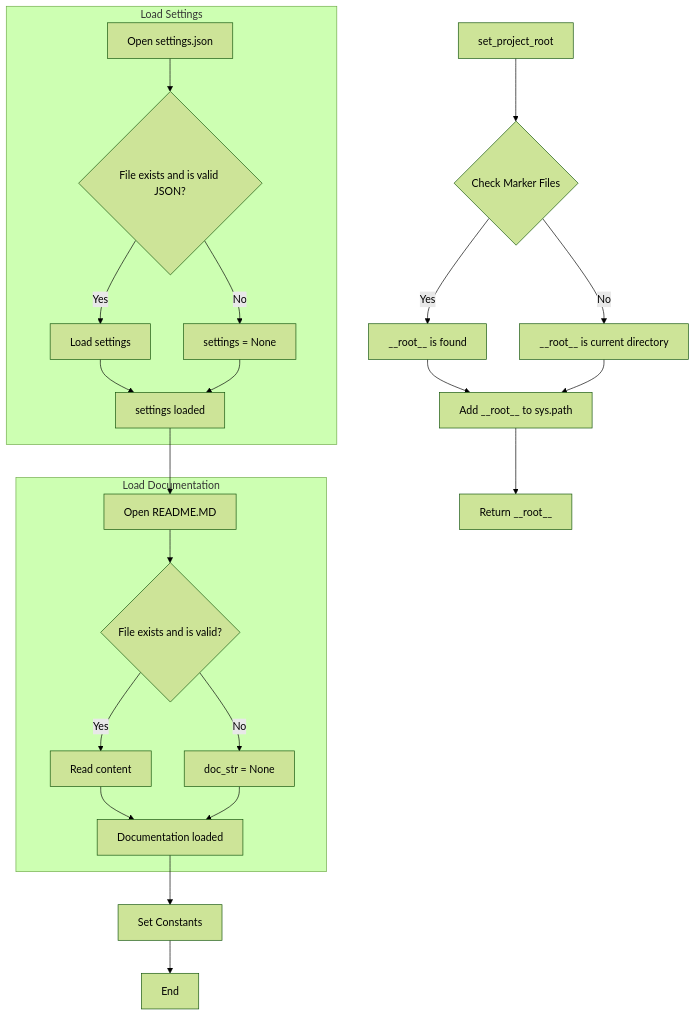
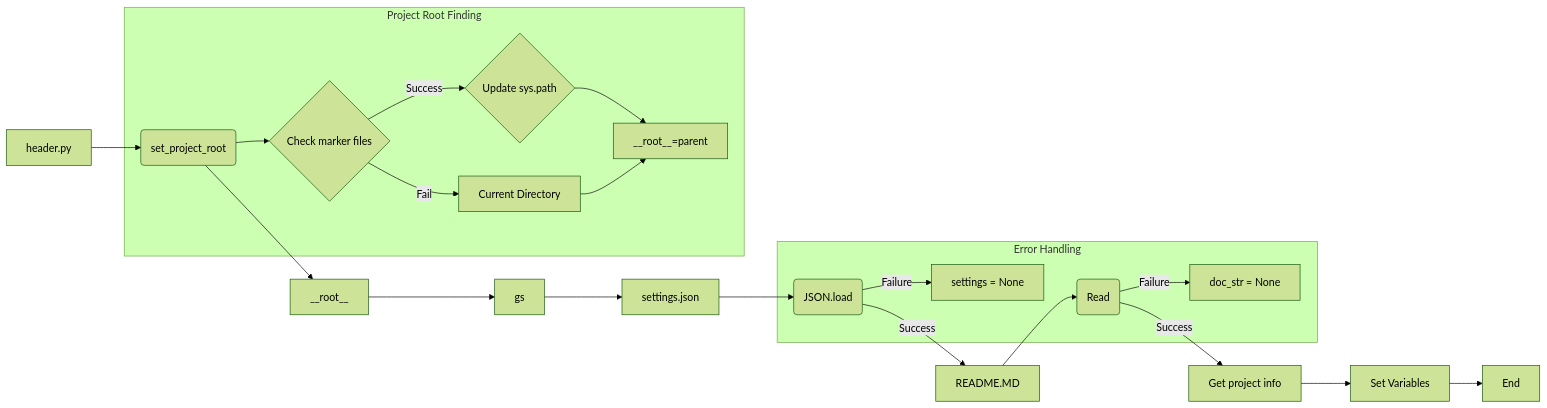
The second of 2 diagrams in docs/gemini/ru/explainer/src/endpoints/hypo69/small_talk_bot/header.md (hypo69/hypo), drawn with Mermaid (forest theme) before and after one commit. The commit also changed other lines of this file and 468 other files, not shown here.

````diff
--- a/docs/gemini/ru/explainer/src/endpoints/hypo69/small_talk_bot/header.md
+++ b/docs/gemini/ru/explainer/src/endpoints/hypo69/small_talk_bot/header.md
@@ -106,26 +117,28 @@
 ```mermaid
-graph TD
-    A[set_project_root] --> B{Check Marker Files};
-    B -- Yes --> C[__root__ is found];
-    B -- No --> D[__root__ is current directory];
-    C --> E[Add __root__ to sys.path];
-    D --> E;
-    E --> F[Return __root__];
-    subgraph Load Settings
-        G[Open settings.json] --> H{File exists and is valid JSON?};
-        H -- Yes --> I[Load settings];
-        H -- No --> J[settings = None];
-        I --> K;
-        J --> K;
+graph LR
+    A[header.py] --> B(set_project_root);
+    B --> C[__root__];
+    C --> D[gs];
+    D --> E[settings.json];
+    E --> F(JSON.load);
+    F -- Success --> G[README.MD];
+    G --> H(Read);
+    H -- Success --> I[Get project info];
+    I --> J[Set Variables];
+    J --> K[End];
+
+    subgraph Error Handling
+    F -- Failure --> L[settings = None];
+    H -- Failure --> M[doc_str = None];
     end
-    K[settings loaded] --> L[Load Documentation];
-    subgraph Load Documentation
-        L[Open README.MD] --> M{File exists and is valid?};
-        M -- Yes --> N[Read content];
-        M -- No --> O[doc_str = None];
-        N --> P;
-        O --> P;
+
+    subgraph Project Root Finding
+    B --> N{Check marker files};
+    N -- Success --> O{Update sys.path};
+    N -- Fail --> P[Current Directory]
+    O --> Q[__root__=parent];
+    P --> Q;
     end
-    P[Documentation loaded] --> Q[Set Constants];
-    Q --> R[End];
+
+    
 ```
````
